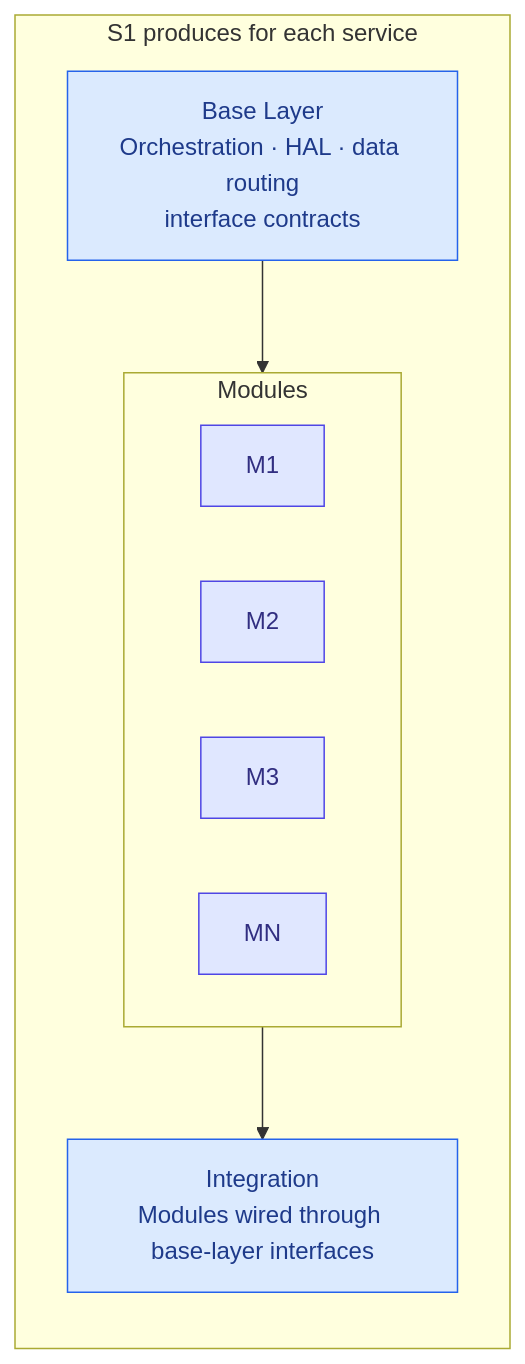
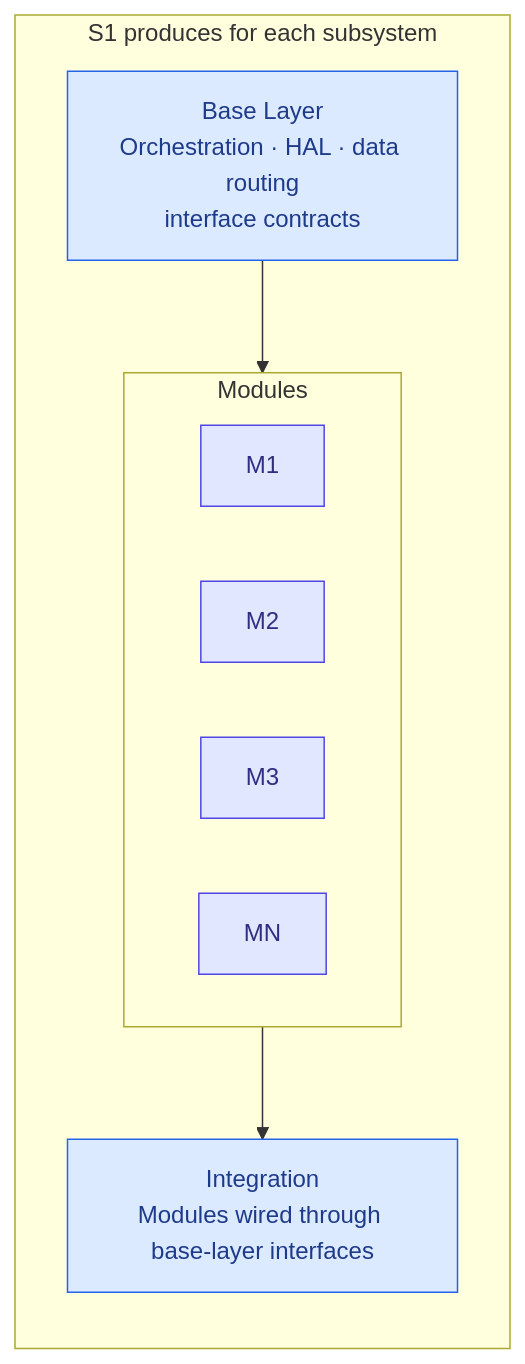
One commit to dramirezbe/codeanvil-gcpds changed the sixth of 11 diagrams in methodology/V-SIL-v3/V-SIL_v3.md. Above: the diagram before and after it, drawn with Mermaid. The commit also changed other lines of this file and 30 other files, not shown here.

First line of the commit message:
refactor: rename "service" to "subsystem" across methodology and tool

````diff
--- a/methodology/V-SIL-v3/V-SIL_v3.md
+++ b/methodology/V-SIL-v3/V-SIL_v3.md
@@ -179,21 +179,21 @@
 ```mermaid
 flowchart TD
     classDef base fill:#dbeafe,stroke:#2563eb,color:#1e3a8a
     classDef mod fill:#e0e7ff,stroke:#4f46e5,color:#312e81
     classDef integ fill:#dbeafe,stroke:#2563eb,color:#1e3a8a
 
-    subgraph ARCH["S1 produces for each service"]
+    subgraph ARCH["S1 produces for each subsystem"]
         direction TD
         BASE["Base Layer<br/>Orchestration · HAL · data routing<br/>interface contracts"]:::base
         subgraph MODS["Modules"]
             direction LR
             M1["M1"]:::mod
             M2["M2"]:::mod
             M3["M3"]:::mod
             MN["MN"]:::mod
         end
         INT["Integration<br/>Modules wired through base-layer interfaces"]:::integ
     end
 
     BASE --> MODS --> INT
 ```
````
